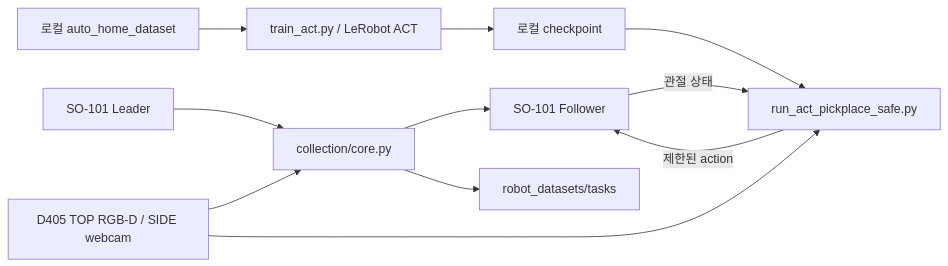
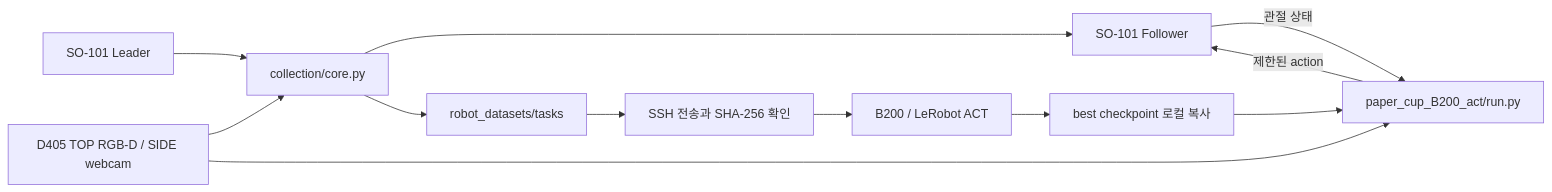
One commit to hazyala/LeRobot-S101-ACT-2026 changed the diagram in README.md. Above: the diagram before and after it, drawn with Mermaid. The commit also changed other lines of this file and 25 other files, not shown here.

Commit message:
Add paper cup ACT training and local rollout, document successful grasping and cleanup

````diff
--- a/README.md
+++ b/README.md
@@ -19,13 +19,14 @@
 ```mermaid
 flowchart LR
     Leader[SO-101 Leader] --> Collect[collection/core.py]
     Cameras[D405 TOP RGB-D / SIDE webcam] --> Collect
     Collect --> Follower[SO-101 Follower]
     Collect --> NewData[robot_datasets/tasks]
-    Sample[로컬 auto_home_dataset] --> Train[train_act.py / LeRobot ACT]
-    Train --> Model[로컬 checkpoint]
-    Model --> Run[run_act_pickplace_safe.py]
+    NewData --> Transfer[SSH 전송과 SHA-256 확인]
+    Transfer --> Train[B200 / LeRobot ACT]
+    Train --> Model[best checkpoint 로컬 복사]
+    Model --> Run[paper_cup_B200_act/run.py]
     Cameras --> Run
     Follower -->|관절 상태| Run
     Run -->|제한된 action| Follower
 ```
````
